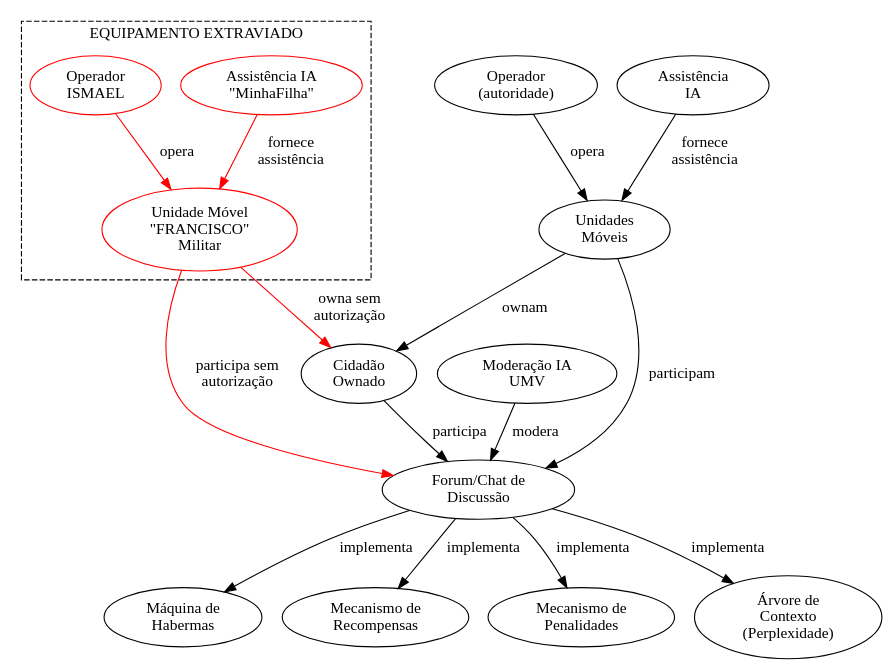
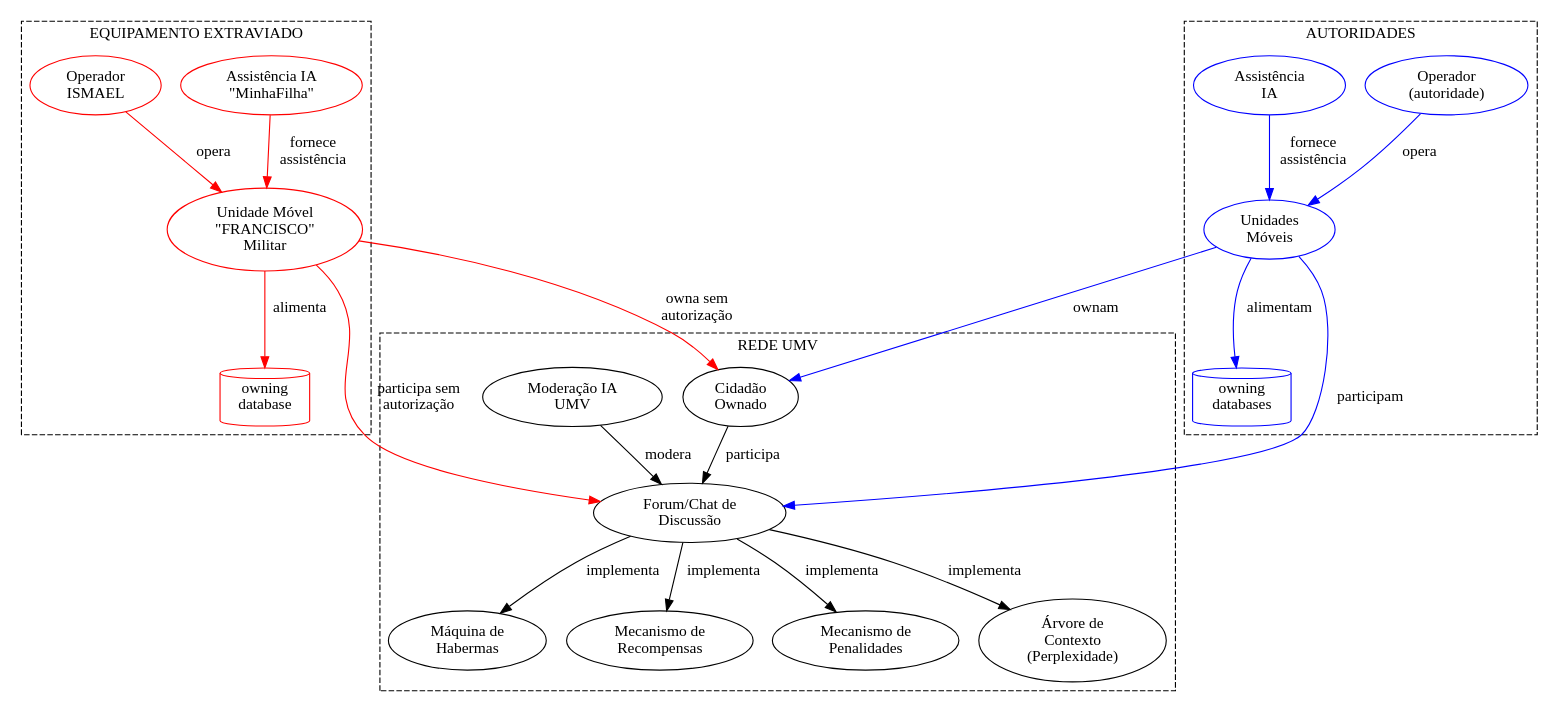
Before and after one commit to tventuraz/RedeUMV: the diagram in diagramas/UMV-Forum-Chat-Invasao.dot, drawn with Graphviz.

```diff
--- a/diagramas/UMV-Forum-Chat-Invasao.dot
+++ b/diagramas/UMV-Forum-Chat-Invasao.dot
@@ -1,49 +1,62 @@
 digraph G {
     
     #label = "UMV\nCHAT/FORUM";
     #labelloc = "t";
     #fontsize = 35;
 
     #######################################################################
     #                           ENTIDADES                                 #
     #######################################################################
-    OPERADOR [label="Operador\n(autoridade)"]
-    UNIDADE [label="Unidades\nMóveis"]
-    OWNADO [label="Cidadão\nOwnado"]
-    HABERMAS [label="Máquina de\nHabermas"]
-    RECOMPENSA [label="Mecanismo de\nRecompensas"]
-    PENALIDADE [label="Mecanismo de\nPenalidades"]
-    CONTEXTO [label="Árvore de\nContexto\n(Perplexidade)"]
-    UMV [label="Moderação IA\nUMV"]
-    FORUM [label="Forum/Chat de\nDiscussão"]
-    ASSISTENCIA [label="Assistência\nIA"]
+    subgraph cluster_rede_umv {
+        style = "dashed";
+        label= "REDE UMV";
+
+        OWNADO [label="Cidadão\nOwnado"]
+        HABERMAS [label="Máquina de\nHabermas"]
+        RECOMPENSA [label="Mecanismo de\nRecompensas"]
+        PENALIDADE [label="Mecanismo de\nPenalidades"]
+        CONTEXTO [label="Árvore de\nContexto\n(Perplexidade)"]
+        UMV [label="Moderação IA\nUMV"]
+        FORUM [label="Forum/Chat de\nDiscussão"]
+    }    
     
-    subgraph cluster_unidades {
+    subgraph cluster_invasor {
         style = "dashed";
         label= "EQUIPAMENTO EXTRAVIADO";
         
         FRANCISCO [label="Unidade Móvel\n\"FRANCISCO\"\nMilitar" color=red]
         MINHAFILHA [label="Assistência IA\n\"MinhaFilha\"" color=red]
         ISMAEL [label="Operador\nISMAEL" color=red]
+        ROTTEN [shape=cylinder label="owning\ndatabase" color=red]
     }
     
+    subgraph cluster_autoridades {
+        style = "dashed";
+        label= "AUTORIDADES";
+        
+        OPERADOR [label="Operador\n(autoridade)" color=blue]
+        UNIDADE [label="Unidades\nMóveis" color=blue]
+        ASSISTENCIA [label="Assistência\nIA" color=blue]
+        OWNING [label="owning\ndatabases" shape=cylinder color=blue]
+    }
+
     #######################################################################
     #                       RELACIONAMENTOS                               #
     #######################################################################
     UMV -> FORUM [label="modera"]
     OWNADO -> FORUM  [label="participa"]
     FORUM -> HABERMAS [label="implementa"]
     FORUM -> RECOMPENSA [label="implementa"]
     FORUM -> PENALIDADE [label="implementa"]
     FORUM -> CONTEXTO [label="implementa"]
-    OPERADOR -> UNIDADE [label="opera"]
-    UNIDADE -> OWNADO [label="ownam"]
-    UNIDADE -> FORUM [label="participam"]
-    ASSISTENCIA -> UNIDADE [label="fornece\nassistência"]
-
+    OPERADOR -> UNIDADE [label="opera" color=blue]
+    UNIDADE -> OWNADO [label="ownam" color=blue]
+    UNIDADE -> FORUM [label="participam" color=blue]
+    ASSISTENCIA -> UNIDADE [label="fornece\nassistência" color=blue]
     MINHAFILHA -> FRANCISCO [label="fornece\nassistência" color=red]
     ISMAEL -> FRANCISCO [label="opera" color=red]
     FRANCISCO -> OWNADO [label="owna sem\nautorização" color=red]
     FRANCISCO -> FORUM [label="participa sem\nautorização" color=red]
-
+    UNIDADE -> OWNING [label="alimentam" color=blue]
+    FRANCISCO -> ROTTEN [label="alimenta" color=red]
 }
```
